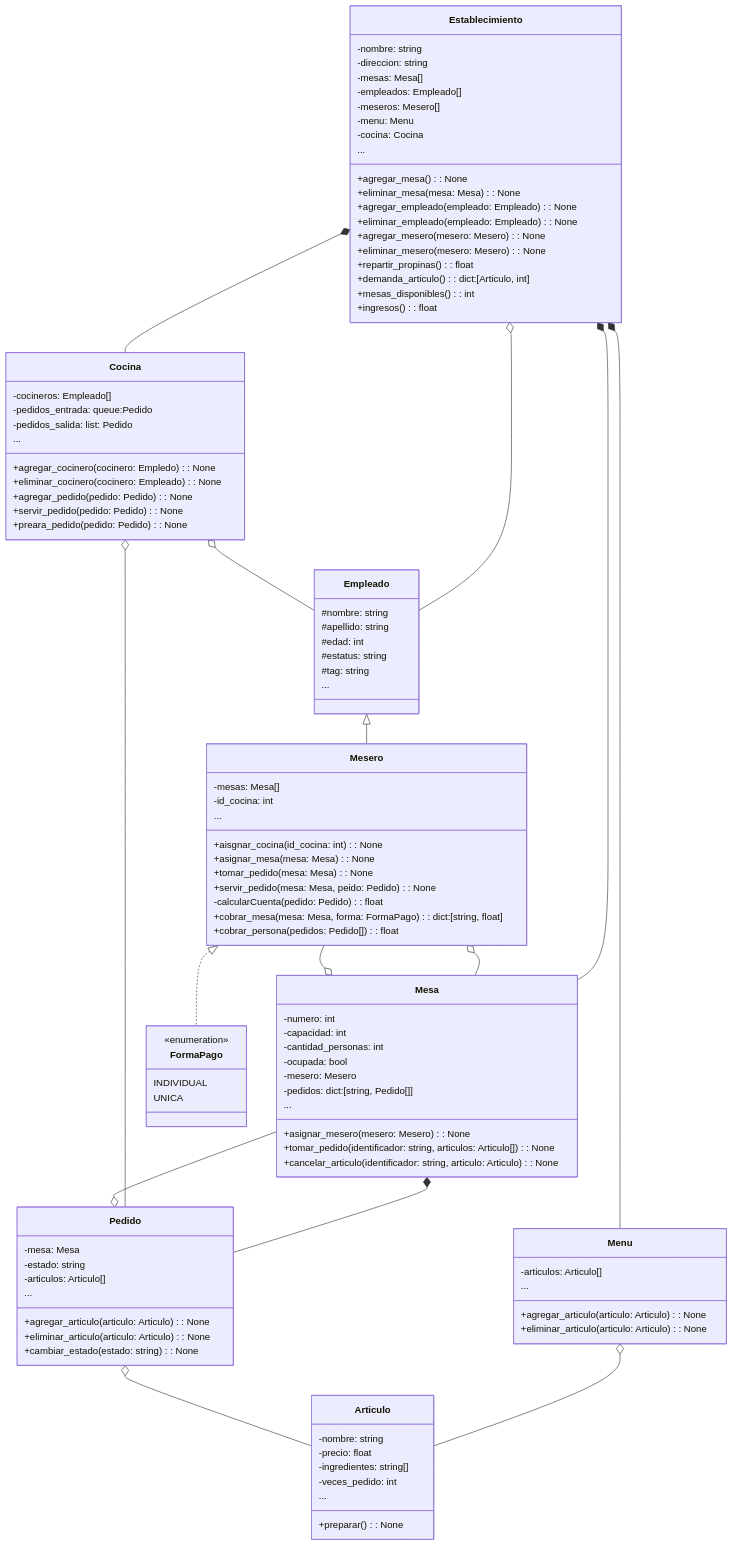
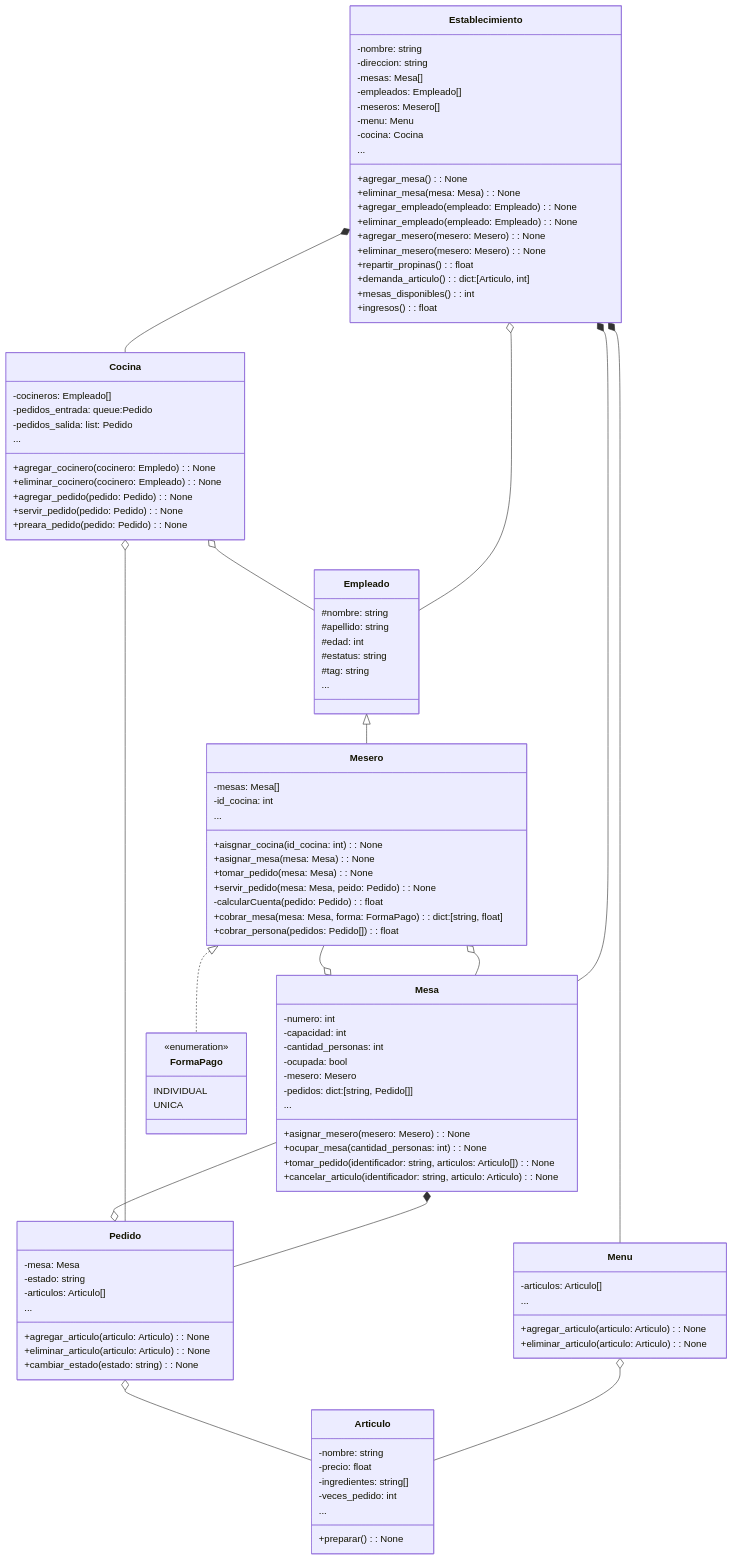
One commit to joseAcevesG/SOFT_RESTAURANT changed the diagram in UML.md. Above: the diagram before and after it, drawn with Mermaid.

```diff
--- a/UML.md
+++ b/UML.md
@@ -71,6 +71,7 @@
         -mesero: Mesero
         -pedidos: dict:[string, Pedido[]]
         +asignar_mesero(mesero: Mesero): None
+        +ocupar_mesa(cantidad_personas: int): None
         +tomar_pedido(identificador: string, articulos: Articulo[]): None
         +cancelar_articulo(identificador: string, articulo: Articulo): None
         ...
```
